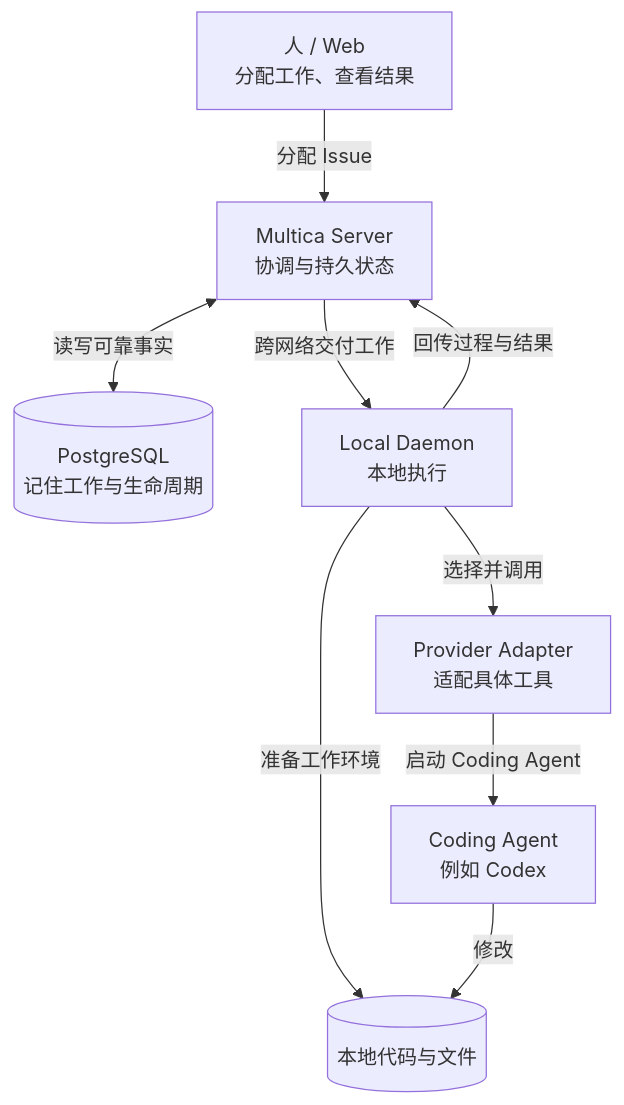
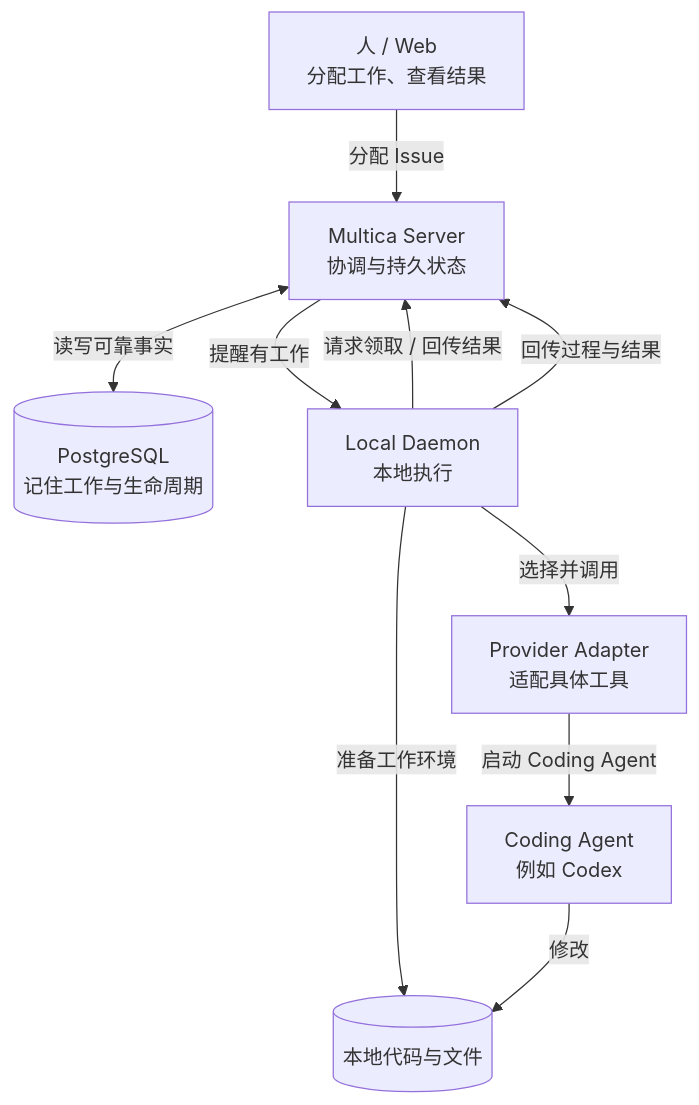
The first of 5 diagrams in site/src/content/tutorials/run-lifecycle.mdx (QinWeijia111/multica-learning), drawn with Mermaid before and after one commit. The commit also changed other lines of this file and 1 other file, not shown here.

````diff
--- a/site/src/content/tutorials/run-lifecycle.mdx
+++ b/site/src/content/tutorials/run-lifecycle.mdx
@@ -27,19 +27,20 @@
 ```mermaid
 flowchart TD
     human["人 / Web<br/>分配工作、查看结果"]
     server["Multica Server<br/>协调与持久状态"]
     state[("PostgreSQL<br/>记住工作与生命周期")]
     daemon["Local Daemon<br/>本地执行"]
     adapter["Provider Adapter<br/>适配具体工具"]
     agent["Coding Agent<br/>例如 Codex"]
     files[("本地代码与文件")]
 
     human -->|分配 Issue| server
     server <-->|读写可靠事实| state
-    server -->|跨网络交付工作| daemon
+    server -->|提醒有工作| daemon
+    daemon -->|请求领取 / 回传结果| server
     daemon -->|准备工作环境| files
     daemon -->|选择并调用| adapter
     adapter -->|启动 Coding Agent| agent
     agent -->|修改| files
     daemon -->|回传过程与结果| server
 ```
````
